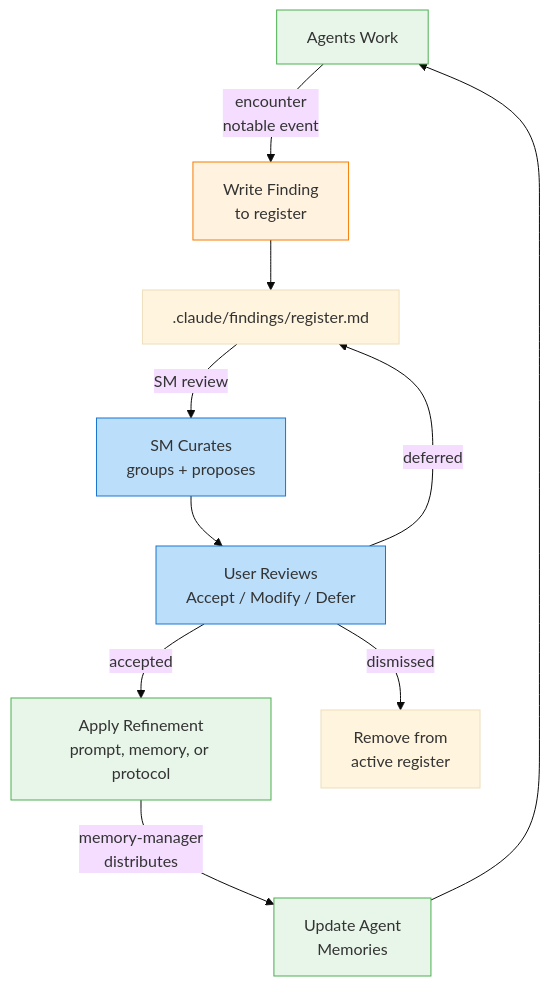
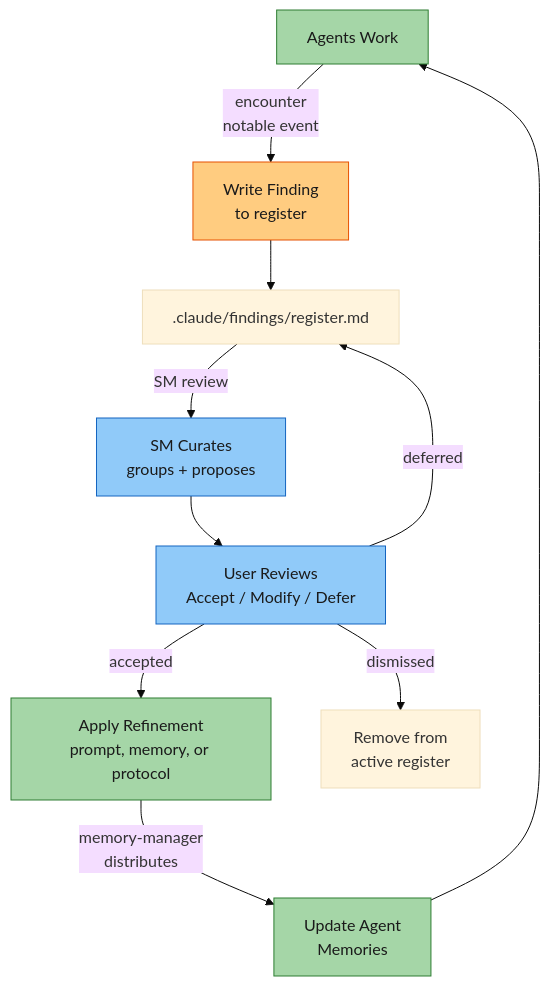
The eighth of 20 diagrams in docs/COLLABORATION-MODEL.md (rdunie/venutian-antfarm), drawn with Mermaid (base theme) before and after one commit. The commit also changed other lines of this file and 22 other files, not shown here.

````diff
--- a/docs/COLLABORATION-MODEL.md
+++ b/docs/COLLABORATION-MODEL.md
@@ -248,20 +250,20 @@
 ```mermaid
 flowchart TD
     WORK["Agents Work"] -->|"encounter\nnotable event"| FINDING["Write Finding\nto register"]
     FINDING --> REG[".claude/findings/register.md"]
     REG -->|"SM review"| CURATE["SM Curates\ngroups + proposes"]
     CURATE --> REVIEW["User Reviews\nAccept / Modify / Defer"]
     REVIEW -->|"accepted"| APPLY["Apply Refinement\nprompt, memory, or protocol"]
     APPLY -->|"memory-manager\ndistributes"| DISTRIBUTE["Update Agent\nMemories"]
     DISTRIBUTE --> WORK
 
     REVIEW -->|"deferred"| REG
     REVIEW -->|"dismissed"| ARCHIVE["Remove from\nactive register"]
 
-    style WORK fill:#e8f5e9,stroke:#4CAF50
-    style FINDING fill:#fff3e0,stroke:#F57C00
-    style CURATE fill:#bbdefb,stroke:#1976D2
-    style REVIEW fill:#bbdefb,stroke:#1976D2
-    style APPLY fill:#e8f5e9,stroke:#4CAF50
-    style DISTRIBUTE fill:#e8f5e9,stroke:#4CAF50
+    style WORK fill:#a5d6a7,stroke:#2e7d32,color:#1a1a1a
+    style FINDING fill:#ffcc80,stroke:#e65100,color:#1a1a1a
+    style CURATE fill:#90caf9,stroke:#1565c0,color:#1a1a1a
+    style REVIEW fill:#90caf9,stroke:#1565c0,color:#1a1a1a
+    style APPLY fill:#a5d6a7,stroke:#2e7d32,color:#1a1a1a
+    style DISTRIBUTE fill:#a5d6a7,stroke:#2e7d32,color:#1a1a1a
 ```
````
